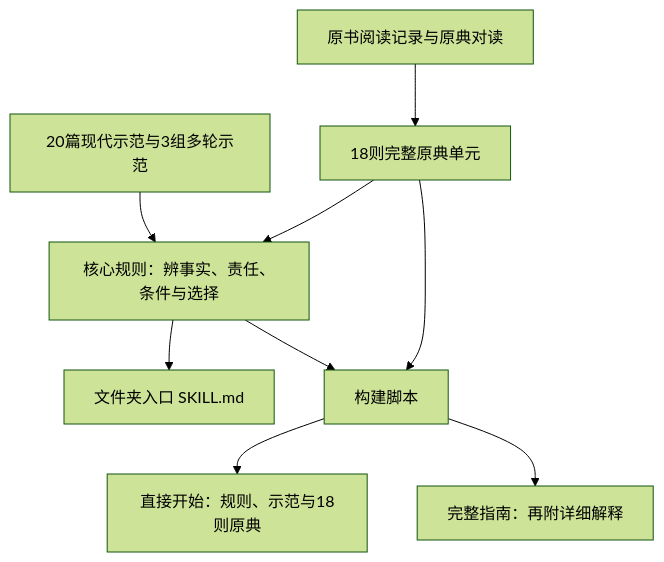
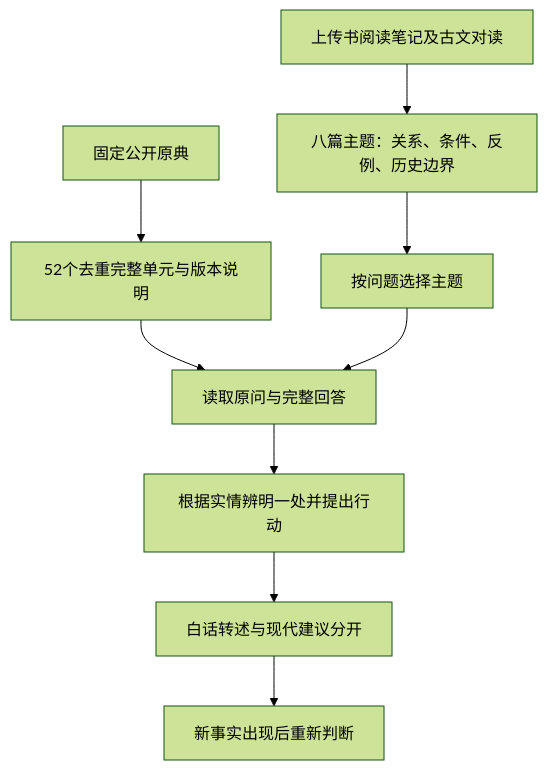
Before and after one commit to 3105059695-rgb/wang-yangming-skill: the diagram in docs/how-it-works.md, drawn with Mermaid (forest theme). The commit also changed other lines of this file and 93 other files, not shown here.

````diff
--- a/docs/how-it-works.md
+++ b/docs/how-it-works.md
@@ -7,11 +5,11 @@
 ```mermaid
 flowchart TD
-    A[原书阅读记录与原典对读] --> B[18则完整原典单元]
-    B --> C[核心规则：辨事实、责任、条件与选择]
-    D[20篇现代示范与3组多轮示范] --> C
-    C --> E[文件夹入口 SKILL.md]
-    B --> F[构建脚本]
-    C --> F
-    F --> G[直接开始：规则、示范与18则原典]
-    F --> H[完整指南：再附详细解释]
+    A[上传书阅读笔记及古文对读] --> B[八篇主题：关系、条件、反例、历史边界]
+    C[固定公开原典] --> D[52个去重完整单元与版本说明]
+    B --> E[按问题选择主题]
+    D --> F[读取原问与完整回答]
+    E --> F
+    F --> G[根据实情辨明一处并提出行动]
+    G --> H[白话转述与现代建议分开]
+    H --> I[新事实出现后重新判断]
 ```
````
